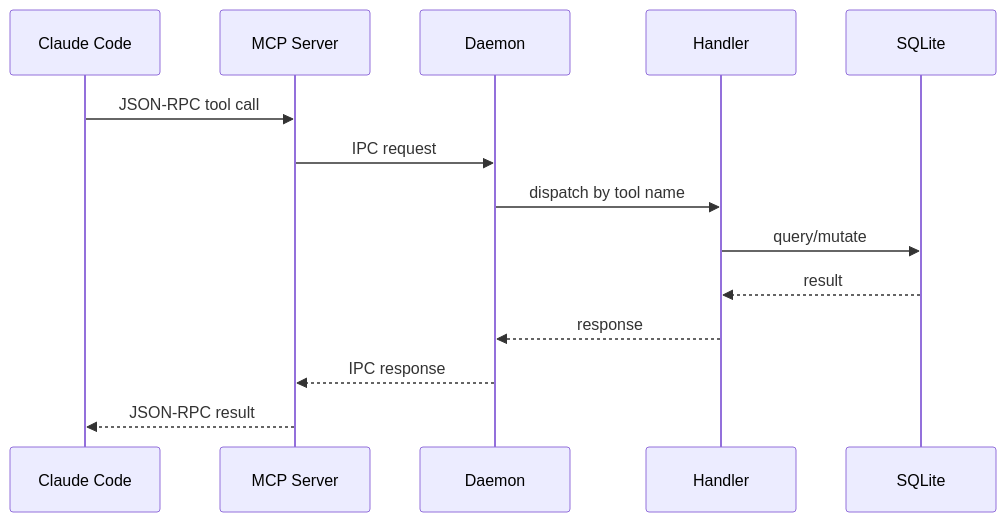
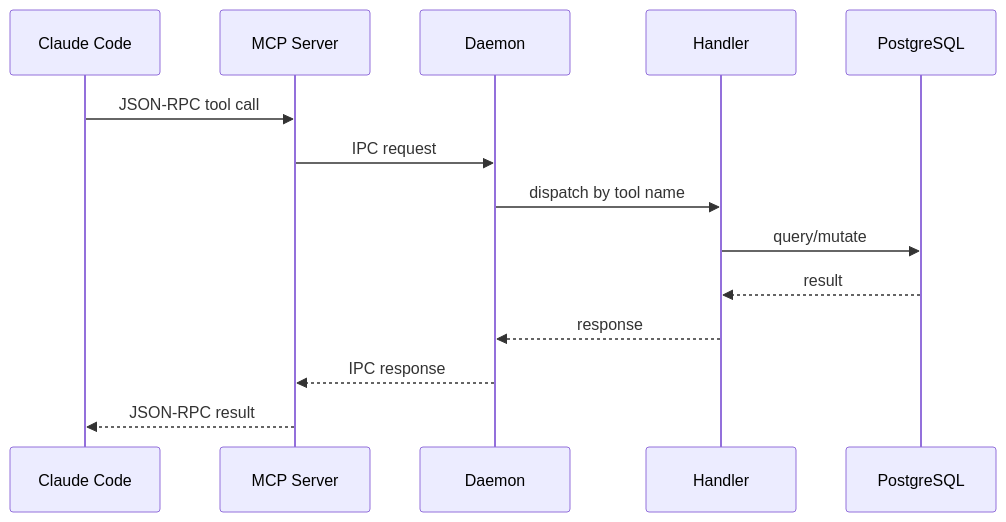
The second of 4 diagrams in docs/architectures/README.md (RuoqiJin/missiond), drawn with Mermaid before and after one commit. The commit also changed other lines of this file and 73 other files, not shown here.

````diff
--- a/docs/architectures/README.md
+++ b/docs/architectures/README.md
@@ -84,17 +84,17 @@
 ```mermaid
 sequenceDiagram
     participant CC as Claude Code
     participant MCP as MCP Server
     participant D as Daemon
     participant H as Handler
-    participant DB as SQLite
+    participant DB as PostgreSQL
 
     CC->>MCP: JSON-RPC tool call
     MCP->>D: IPC request
     D->>H: dispatch by tool name
     H->>DB: query/mutate
     DB-->>H: result
     H-->>D: response
     D-->>MCP: IPC response
     MCP-->>CC: JSON-RPC result
 ```
````
